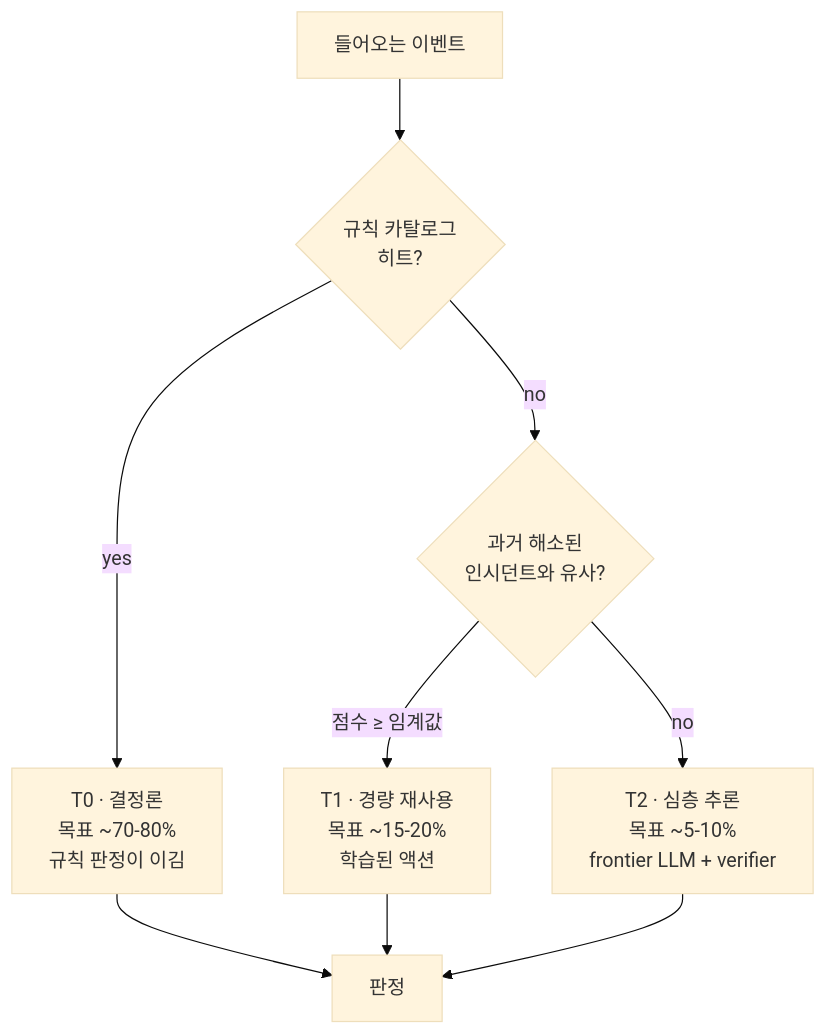
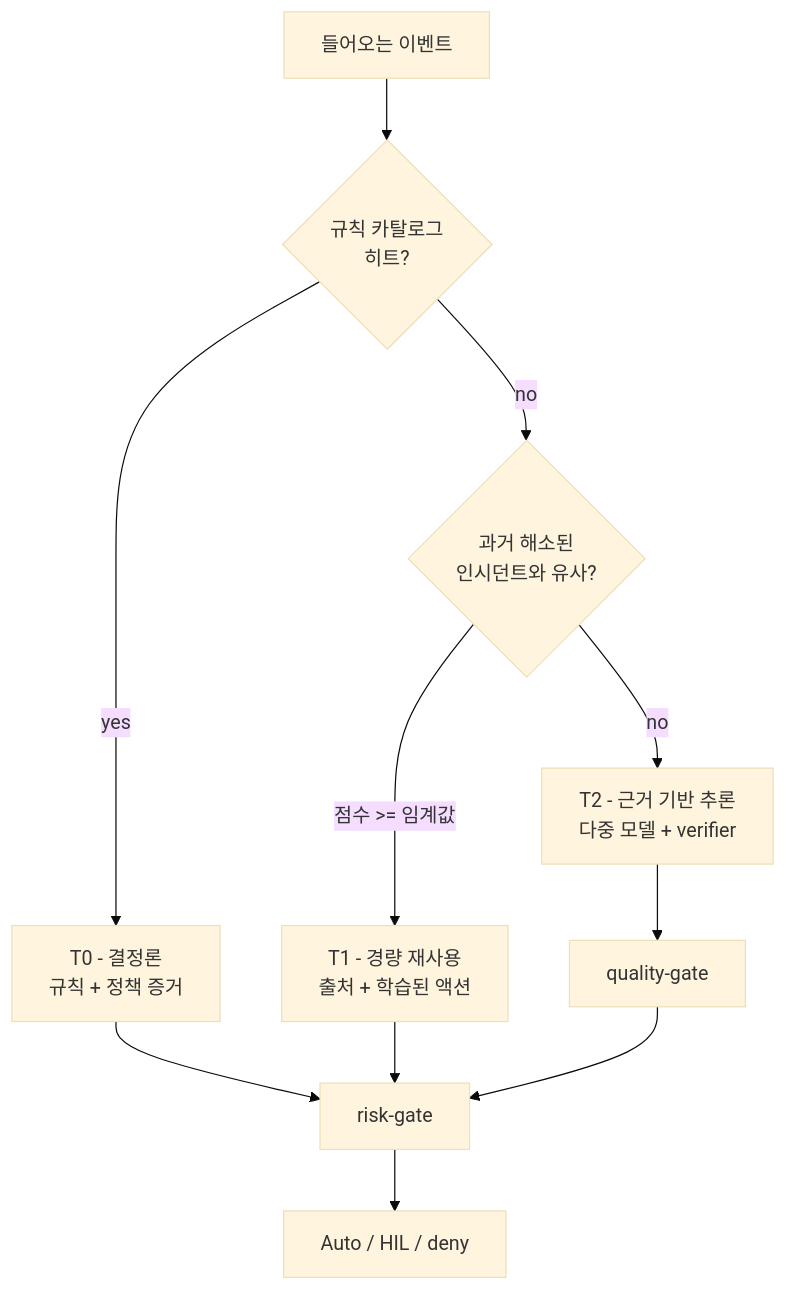
The diagram in docs/user-guide/concepts/deterministic-first-ko.md (dotnetpower/azurewatcher), drawn with Mermaid (base theme) before and after one commit. The commit also changed other lines of this file and 21 other files, not shown here.

````diff
--- a/docs/user-guide/concepts/deterministic-first-ko.md
+++ b/docs/user-guide/concepts/deterministic-first-ko.md
@@ -33,12 +38,14 @@
 ```mermaid
 flowchart TB
   E[들어오는 이벤트]
   E --> R{규칙 카탈로그<br/>히트?}
-  R -->|yes| T0[T0 · 결정론<br/>목표 ~70-80%<br/>규칙 판정이 이김]
+  R -->|yes| T0[T0 - 결정론<br/>규칙 + 정책 증거]
   R -->|no| S{과거 해소된<br/>인시던트와 유사?}
-  S -->|점수 ≥ 임계값| T1[T1 · 경량 재사용<br/>목표 ~15-20%<br/>학습된 액션]
-  S -->|no| T2[T2 · 심층 추론<br/>목표 ~5-10%<br/>frontier LLM + verifier]
-  T0 --> V[판정]
-  T1 --> V
-  T2 --> V
+  S -->|점수 >= 임계값| T1[T1 - 경량 재사용<br/>출처 + 학습된 액션]
+  S -->|no| T2[T2 - 근거 기반 추론<br/>다중 모델 + verifier]
+  T0 --> G[risk-gate]
+  T1 --> G
+  T2 --> Q[quality-gate]
+  Q --> G
+  G --> V[Auto / HIL / deny]
 ```
````
